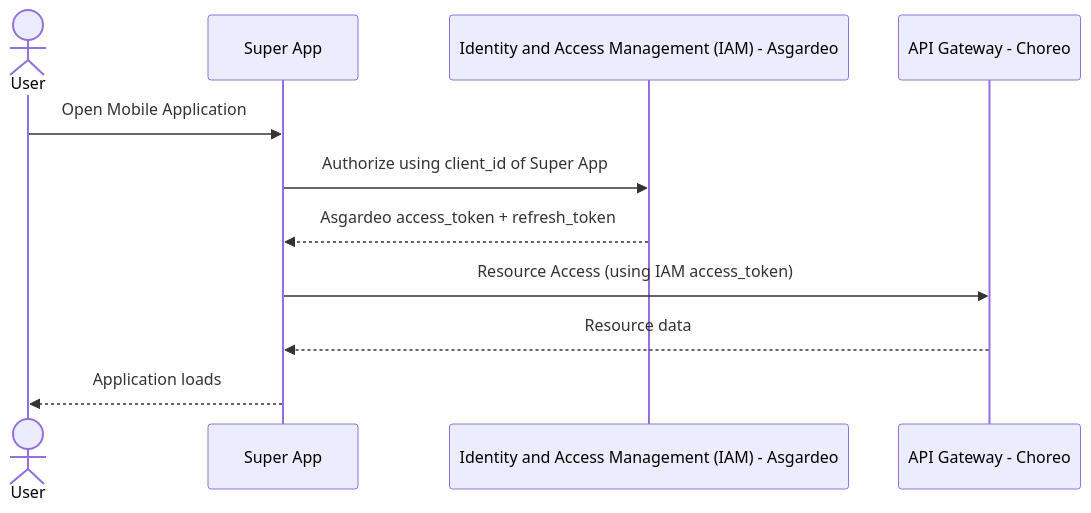
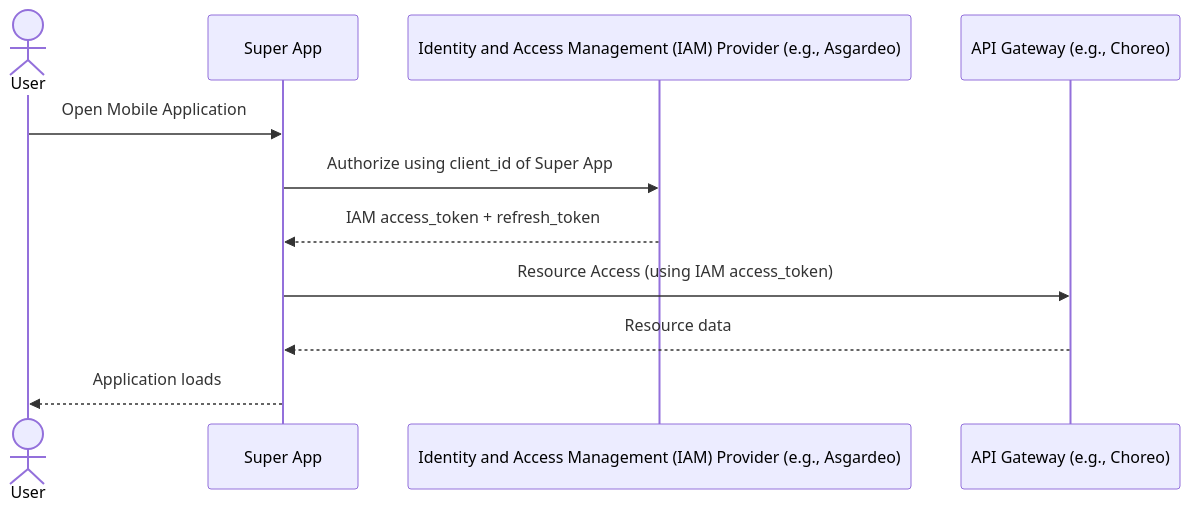
One commit to opensuperapp/opensuperapp changed the first of 2 diagrams in frontend/README.md. Above: the diagram before and after it, drawn with Mermaid. The commit also changed other lines of this file, not shown here.

````diff
--- a/frontend/README.md
+++ b/frontend/README.md
@@ -56,14 +58,14 @@
 ```mermaid
 sequenceDiagram
     actor User
     participant Super App
-    participant IAM as Identity and Access Management (IAM) - Asgardeo
-    participant Choreo as API Gateway - Choreo
+    participant IAM as Identity and Access Management (IAM) Provider (e.g., Asgardeo)
+    participant Gateway as API Gateway (e.g., Choreo)
 
     User ->> Super App: Open Mobile Application
     Super App ->> IAM: Authorize using client_id of Super App
-    IAM -->> Super App: Asgardeo access_token + refresh_token
-    Super App ->> Choreo: Resource Access (using IAM access_token)
-    Choreo -->> Super App: Resource data
+    IAM -->> Super App: IAM access_token + refresh_token
+    Super App ->> Gateway: Resource Access (using IAM access_token)
+    Gateway -->> Super App: Resource data
     Super App -->> User: Application loads
 ```
````
